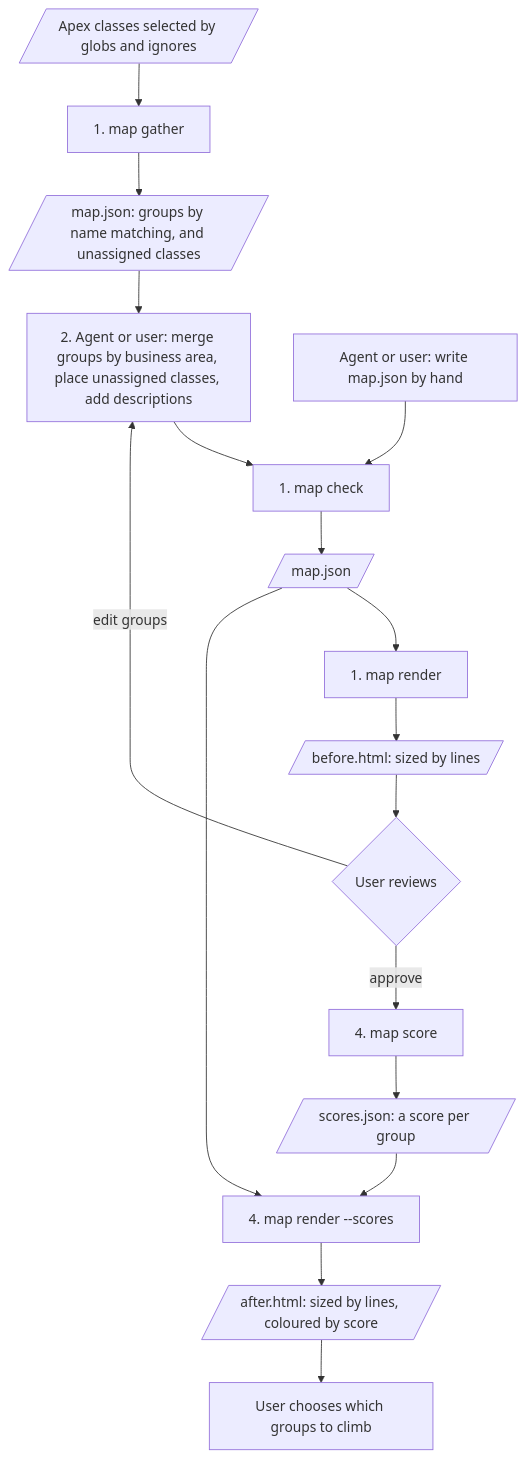
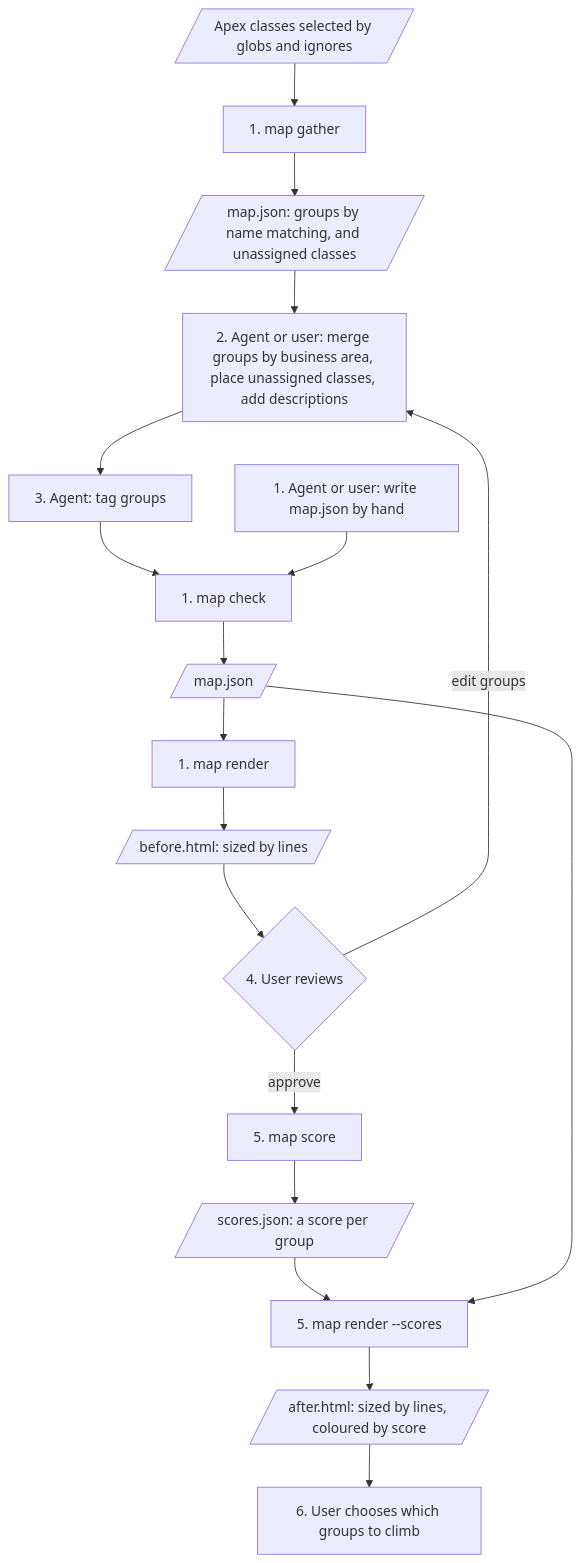
Before and after one commit to nextdoc/climber: the diagram in doc/mapping.md, drawn with Mermaid. The commit also changed other lines of this file, not shown here.

Commit message:
CHORE merge the mapping process into one numbered list of six steps that the flowchart's nodes are numbered by, and drop the stale map next and map set-score names and the answered open question

````diff
--- a/doc/mapping.md
+++ b/doc/mapping.md
@@ -29,19 +36,20 @@
 ```mermaid
 flowchart TD
   C[/"Apex classes selected by globs and ignores"/] --> G[1. map gather]
   G --> M[/"map.json: groups by name matching, and unassigned classes"/]
   M --> A[2. Agent or user: merge groups by business area, place unassigned classes, add descriptions]
-  A --> K[1. map check]
-  H[Agent or user: write map.json by hand] --> K
+  A --> TG[3. Agent: tag groups]
+  TG --> K[1. map check]
+  H[1. Agent or user: write map.json by hand] --> K
   K --> M2[/"map.json"/]
   M2 --> B[1. map render]
   B --> T[/"before.html: sized by lines"/]
-  T --> U{User reviews}
+  T --> U{4. User reviews}
   U -->|edit groups| A
-  U -->|approve| S[4. map score]
+  U -->|approve| S[5. map score]
   S --> R[/"scores.json: a score per group"/]
-  R --> AF[4. map render --scores]
+  R --> AF[5. map render --scores]
   M2 --> AF
   AF --> TC[/"after.html: sized by lines, coloured by score"/]
-  TC --> P[User chooses which groups to climb]
+  TC --> P[6. User chooses which groups to climb]
 ```
````
